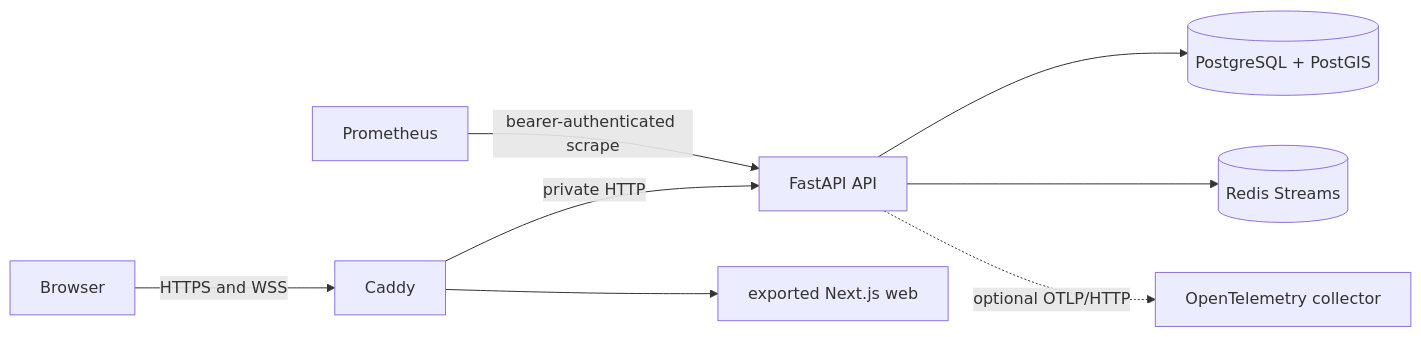
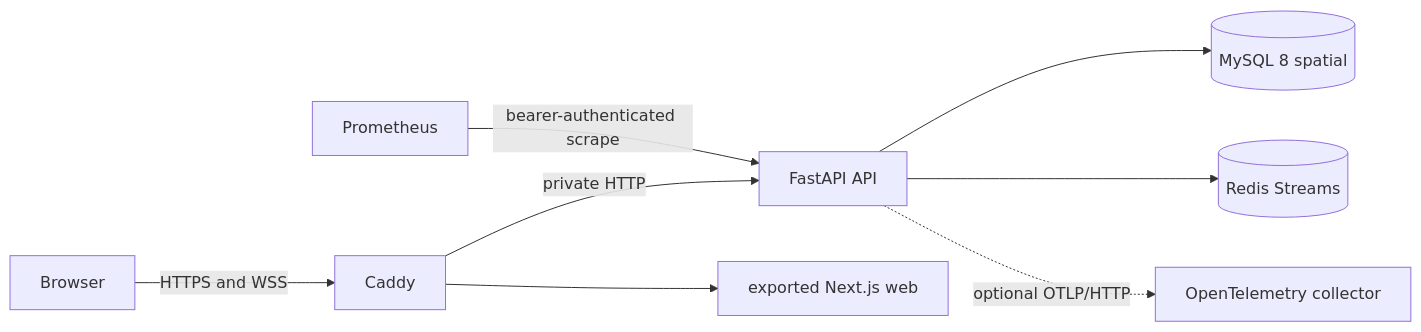
Before and after one commit to Lemarboks/RoadSignal: the diagram in docs/self-hosting.md, drawn with Mermaid. The commit also changed other lines of this file and 30 other files, not shown here.

First line of the commit message:
Migrate persistent storage from PostGIS to MySQL 8 spatial

````diff
--- a/docs/self-hosting.md
+++ b/docs/self-hosting.md
@@ -7,10 +7,10 @@
 ```mermaid
 flowchart LR
   Browser -->|HTTPS and WSS| Caddy
   Caddy -->|private HTTP| API[FastAPI API]
   Caddy --> Static[exported Next.js web]
-  API --> PostGIS[(PostgreSQL + PostGIS)]
+  API --> MySQL[(MySQL 8 spatial)]
   API --> Redis[(Redis Streams)]
   Prometheus -->|bearer-authenticated scrape| API
   API -. optional OTLP/HTTP .-> Collector[OpenTelemetry collector]
 ```
````
